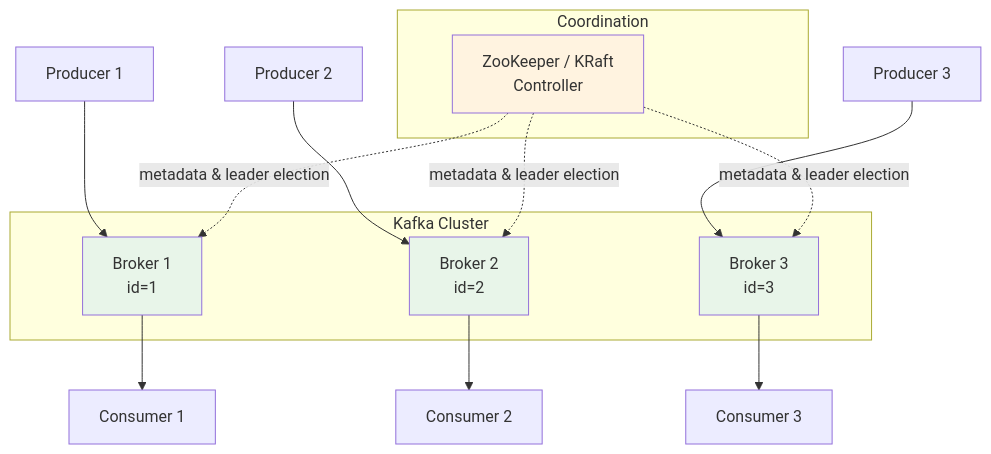
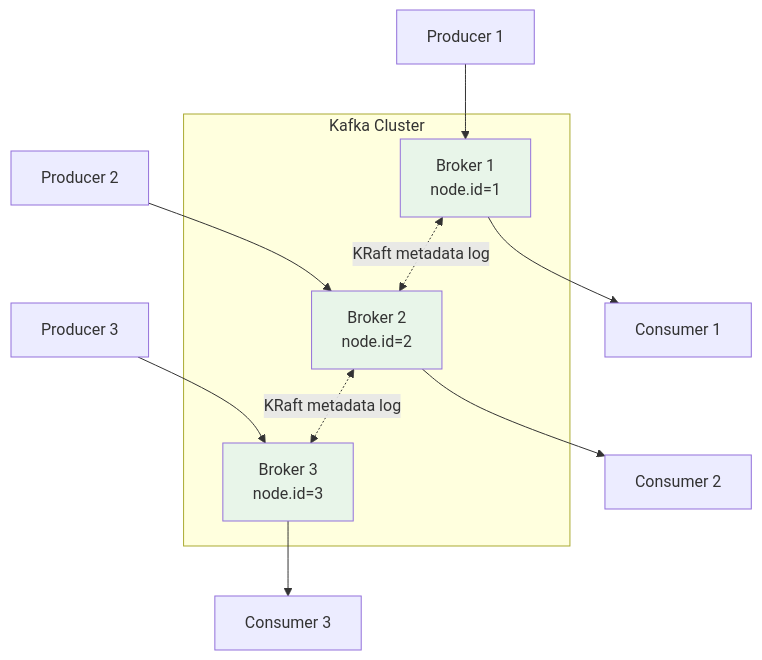
The first of 6 diagrams in async-projects/07-data-streaming-mastery/module-02-kafka-core/README.md (surfalytics/data-projects), drawn with Mermaid before and after one commit. The commit also changed other lines of this file and 90 other files, not shown here.

````diff
--- a/async-projects/07-data-streaming-mastery/module-02-kafka-core/README.md
+++ b/async-projects/07-data-streaming-mastery/module-02-kafka-core/README.md
@@ -55,29 +55,23 @@
 ```mermaid
 graph TB
     subgraph Kafka Cluster
-        B1[Broker 1<br/>id=1]
-        B2[Broker 2<br/>id=2]
-        B3[Broker 3<br/>id=3]
-    end
-
-    subgraph Coordination
-        ZK[ZooKeeper / KRaft<br/>Controller]
+        B1[Broker 1<br/>node.id=1]
+        B2[Broker 2<br/>node.id=2]
+        B3[Broker 3<br/>node.id=3]
     end
 
     P1[Producer 1] --> B1
     P2[Producer 2] --> B2
     P3[Producer 3] --> B3
 
     B1 --> C1[Consumer 1]
     B2 --> C2[Consumer 2]
     B3 --> C3[Consumer 3]
 
-    ZK -.->|metadata & leader election| B1
-    ZK -.->|metadata & leader election| B2
-    ZK -.->|metadata & leader election| B3
+    B1 <-.->|KRaft metadata log| B2
+    B2 <-.->|KRaft metadata log| B3
 
     style B1 fill:#e8f5e9
     style B2 fill:#e8f5e9
     style B3 fill:#e8f5e9
-    style ZK fill:#fff3e0
 ```
````
